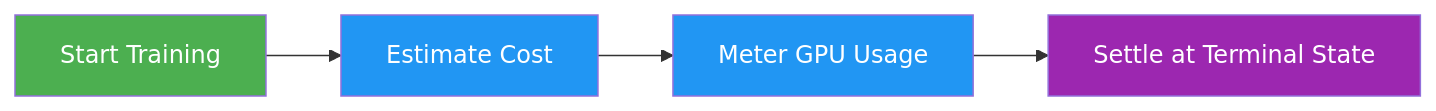
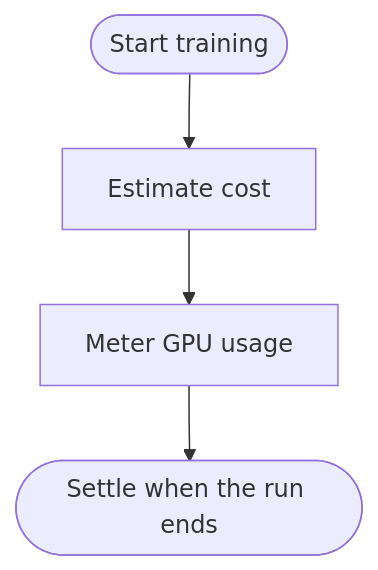
The diagram in docs/en/platform/account/billing.md (ultralytics/ultralytics), drawn with Mermaid before and after one commit. The commit also changed 20 other files, not shown here.

Commit message:
Migrate docs Mermaid diagrams to the unified design system (#26573)

````diff
--- a/docs/en/platform/account/billing.md
+++ b/docs/en/platform/account/billing.md
@@ -195,10 +195,6 @@
 ```mermaid
-flowchart LR
-    A[Start Training]:::start --> B[Estimate Cost]:::proc
-    B --> C[Meter GPU Usage]:::proc
-    C --> D[Settle at Terminal State]:::out
-
-    classDef start fill:#4CAF50,color:#fff
-    classDef proc fill:#2196F3,color:#fff
-    classDef out fill:#9C27B0,color:#fff
+flowchart TD
+    A([Start training]) --> B[Estimate cost]
+    B --> C[Meter GPU usage]
+    C --> D([Settle when the run ends])
 ```
````
